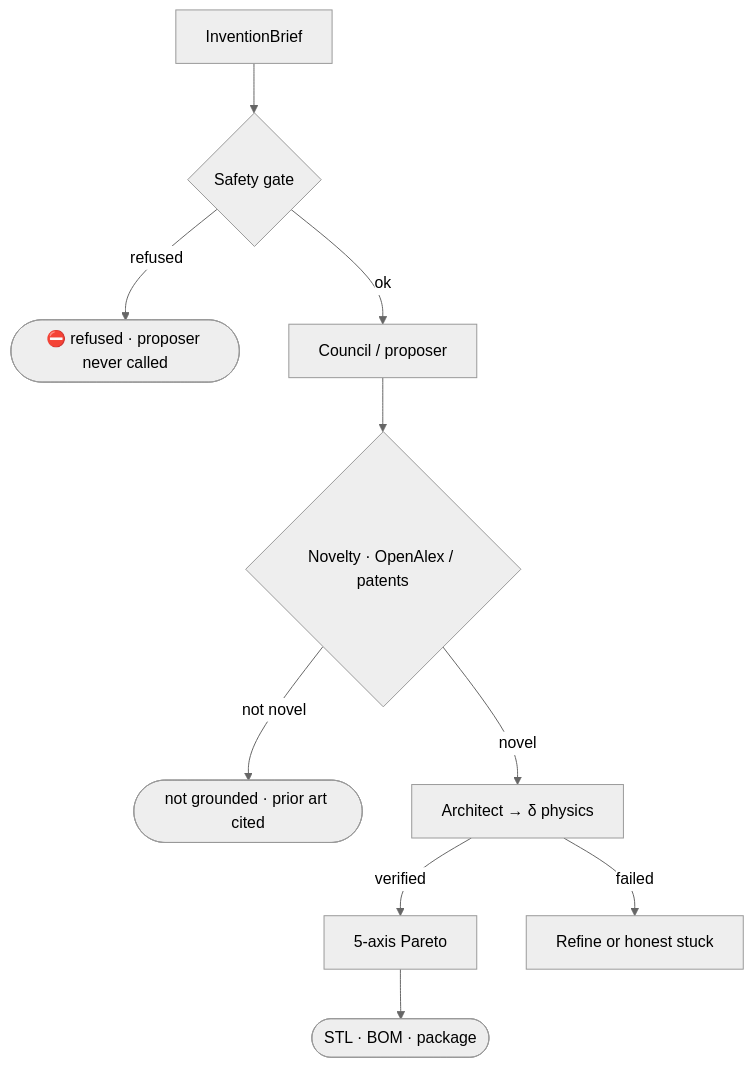
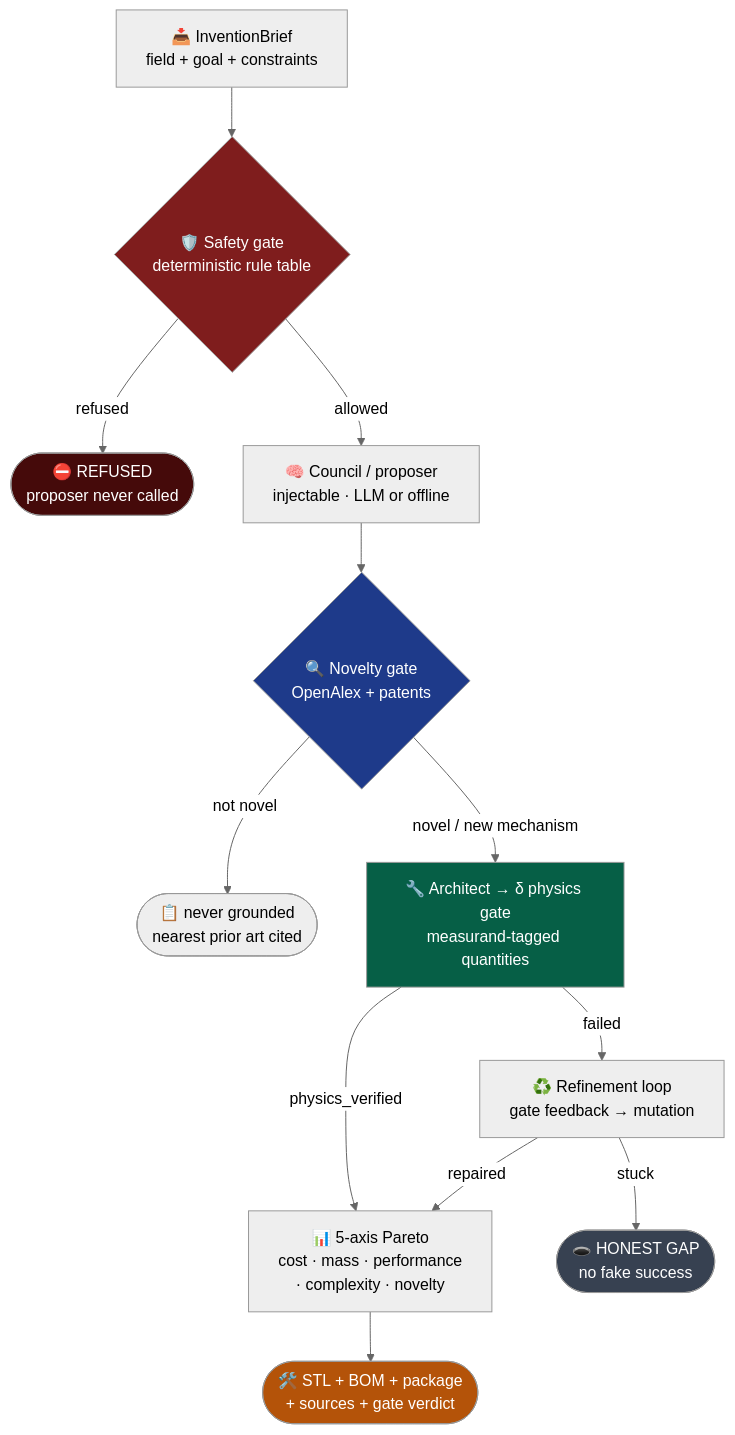
One commit to Oz4462/genesis changed the second of 3 diagrams in README.md. Above: the diagram before and after it, drawn with Mermaid (neutral theme). The commit also changed other lines of this file, not shown here.

````diff
--- a/README.md
+++ b/README.md
@@ -234,12 +235,20 @@
 ```mermaid
 flowchart TD
-    B[InventionBrief] --> SAFE{Safety gate}
-    SAFE -->|refused| STOP([⛔ refused · proposer never called])
-    SAFE -->|ok| GEN[Council / proposer]
-    GEN --> NOV{Novelty · OpenAlex / patents}
-    NOV -->|not novel| SKIP([not grounded · prior art cited])
-    NOV -->|novel| GROUND[Architect → δ physics]
-    GROUND -->|verified| SCORE[5-axis Pareto]
-    GROUND -->|failed| REFINE[Refine or honest stuck]
-    SCORE --> ART([STL · BOM · package])
+    B[📥 InventionBrief<br/>field + goal + constraints] --> SAFE{🛡️ Safety gate<br/>deterministic rule table}
+    SAFE -->|refused| STOP([⛔ REFUSED<br/>proposer never called])
+    SAFE -->|allowed| GEN[🧠 Council / proposer<br/>injectable · LLM or offline]
+    GEN --> NOV{🔍 Novelty gate<br/>OpenAlex + patents}
+    NOV -->|not novel| SKIP([📋 never grounded<br/>nearest prior art cited])
+    NOV -->|novel / new mechanism| GROUND[🔧 Architect → δ physics gate<br/>measurand-tagged quantities]
+    GROUND -->|physics_verified| SCORE[📊 5-axis Pareto<br/>cost · mass · performance<br/>· complexity · novelty]
+    GROUND -->|failed| REFINE[♻️ Refinement loop<br/>gate feedback → mutation]
+    REFINE -->|repaired| SCORE
+    REFINE -->|stuck| GAP([🕳️ HONEST GAP<br/>no fake success])
+    SCORE --> ART([🛠️ STL + BOM + package<br/>+ sources + gate verdict])
+    style SAFE fill:#7f1d1d,color:#fff
+    style NOV fill:#1e3a8a,color:#fff
+    style GROUND fill:#065f46,color:#fff
+    style ART fill:#b45309,color:#fff
+    style STOP fill:#450a0a,color:#fff
+    style GAP fill:#374151,color:#fff
 ```
````
